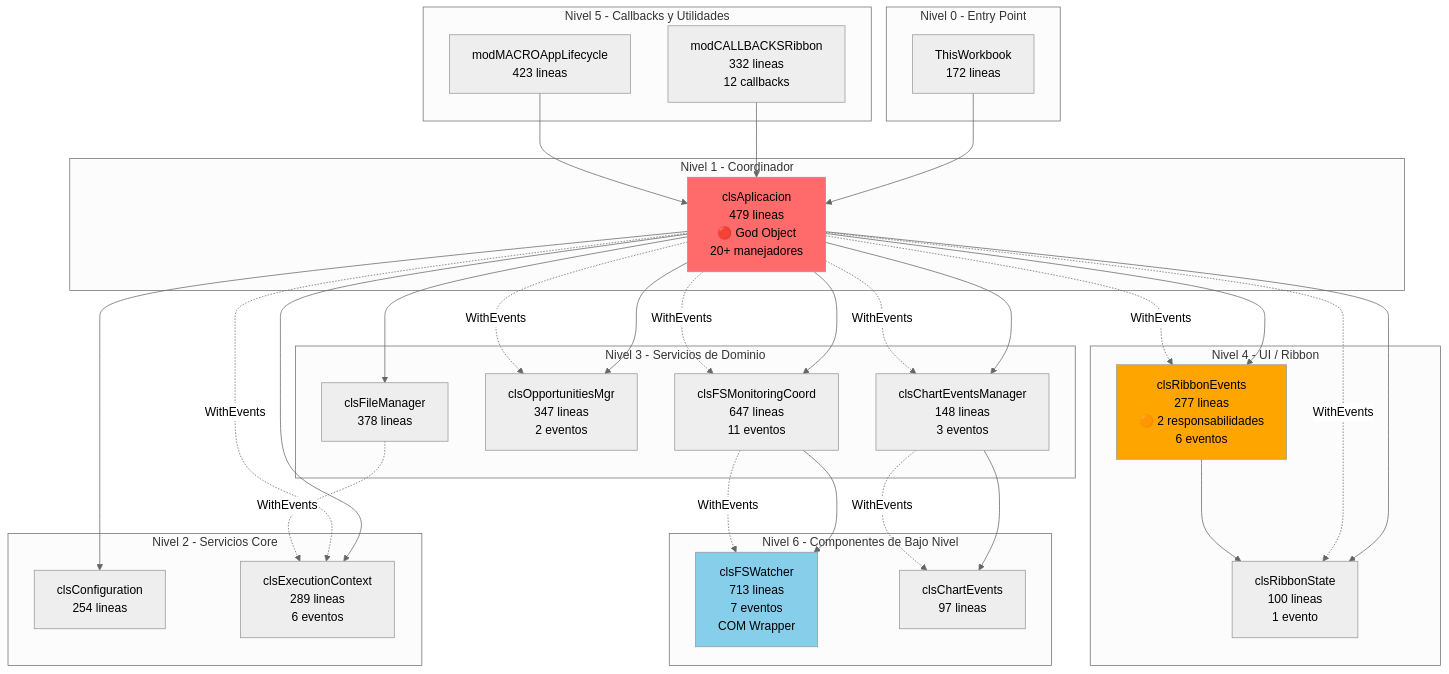
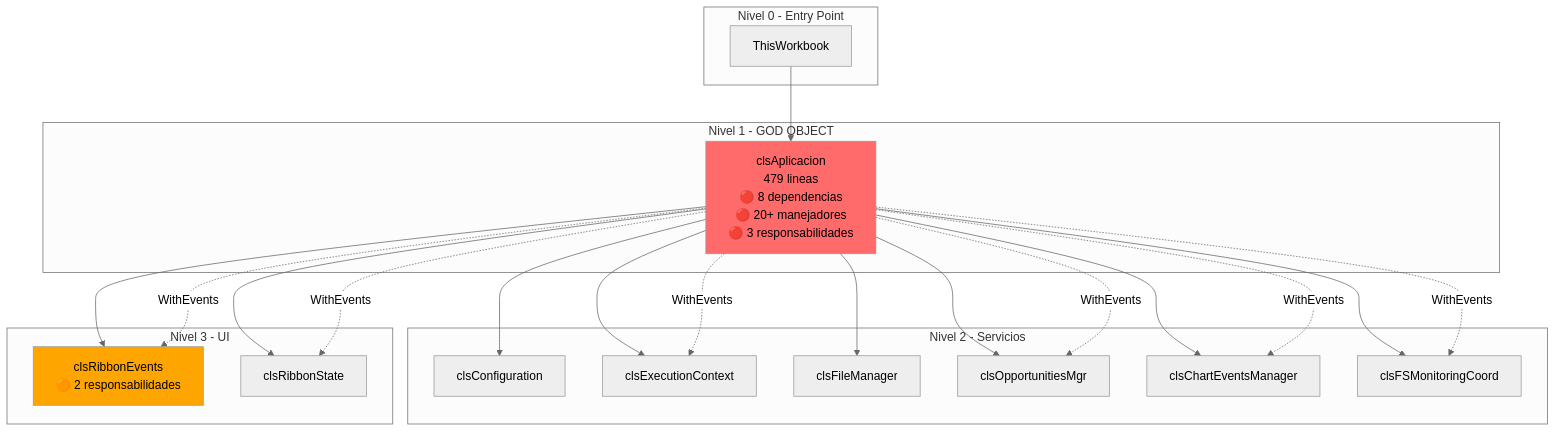
One commit to gautxori-yuyu/claude-vba-excel-abc-refactor changed the sixth of 13 diagrams in CLAUDE.md. Above: the diagram before and after it, drawn with Mermaid (neutral theme). The commit also changed other lines of this file, not shown here.

First line of the commit message:
docs: complete Section 2 - Grafos de Dependencias for refactored branch

````diff
--- a/CLAUDE.md
+++ b/CLAUDE.md
@@ -941,68 +725,44 @@
 ```mermaid
 graph TD
     subgraph "Nivel 0 - Entry Point"
-        TW[ThisWorkbook<br/>172 lineas]
+        TW[ThisWorkbook]
     end
 
-    subgraph "Nivel 1 - Coordinador"
-        APP[clsAplicacion<br/>479 lineas<br/>🔴 God Object<br/>20+ manejadores]
+    subgraph "Nivel 1 - GOD OBJECT"
+        APP[clsAplicacion<br/>479 lineas<br/>🔴 8 dependencias<br/>🔴 20+ manejadores<br/>🔴 3 responsabilidades]
     end
 
-    subgraph "Nivel 2 - Servicios Core"
-        CFG[clsConfiguration<br/>254 lineas]
-        EXEC[clsExecutionContext<br/>289 lineas<br/>6 eventos]
+    subgraph "Nivel 2 - Servicios"
+        CFG[clsConfiguration]
+        EXEC[clsExecutionContext]
+        FM[clsFileManager]
+        OPP[clsOpportunitiesMgr]
+        CHART[clsChartEventsManager]
+        FS[clsFSMonitoringCoord]
     end
 
-    subgraph "Nivel 3 - Servicios de Dominio"
-        FILEMGR[clsFileManager<br/>378 lineas]
-        OPP[clsOpportunitiesMgr<br/>347 lineas<br/>2 eventos]
-        CHART[clsChartEventsManager<br/>148 lineas<br/>3 eventos]
-        FS[clsFSMonitoringCoord<br/>647 lineas<br/>11 eventos]
-    end
-
-    subgraph "Nivel 4 - UI / Ribbon"
-        RIBBONEV[clsRibbonEvents<br/>277 lineas<br/>🟠 2 responsabilidades<br/>6 eventos]
-        RIBBONST[clsRibbonState<br/>100 lineas<br/>1 evento]
-    end
-
-    subgraph "Nivel 5 - Callbacks y Utilidades"
-        CALLBACKS[modCALLBACKSRibbon<br/>332 lineas<br/>12 callbacks]
-        LIFECYCLE[modMACROAppLifecycle<br/>423 lineas]
-    end
-
-    subgraph "Nivel 6 - Componentes de Bajo Nivel"
-        FSWATCHER[clsFSWatcher<br/>713 lineas<br/>7 eventos<br/>COM Wrapper]
-        CHARTEV[clsChartEvents<br/>97 lineas]
+    subgraph "Nivel 3 - UI"
+        RIBBONEV[clsRibbonEvents<br/>🟠 2 responsabilidades]
+        RIBBONST[clsRibbonState]
     end
 
     TW --> APP
     APP --> CFG
     APP --> EXEC
-    APP --> FILEMGR
+    APP --> FM
     APP --> OPP
     APP --> CHART
     APP --> FS
     APP --> RIBBONEV
     APP --> RIBBONST
 
     APP -.WithEvents.-> EXEC
     APP -.WithEvents.-> OPP
     APP -.WithEvents.-> CHART
     APP -.WithEvents.-> FS
     APP -.WithEvents.-> RIBBONEV
     APP -.WithEvents.-> RIBBONST
 
-    FILEMGR -.WithEvents.-> EXEC
-    FS --> FSWATCHER
-    FS -.WithEvents.-> FSWATCHER
-    CHART --> CHARTEV
-    CHART -.WithEvents.-> CHARTEV
-
-    RIBBONEV --> RIBBONST
-    CALLBACKS --> APP
-    LIFECYCLE --> APP
-
     style APP fill:#ff6b6b
     style RIBBONEV fill:#ffa500
-    style FSWATCHER fill:#87ceeb
 ```
````
